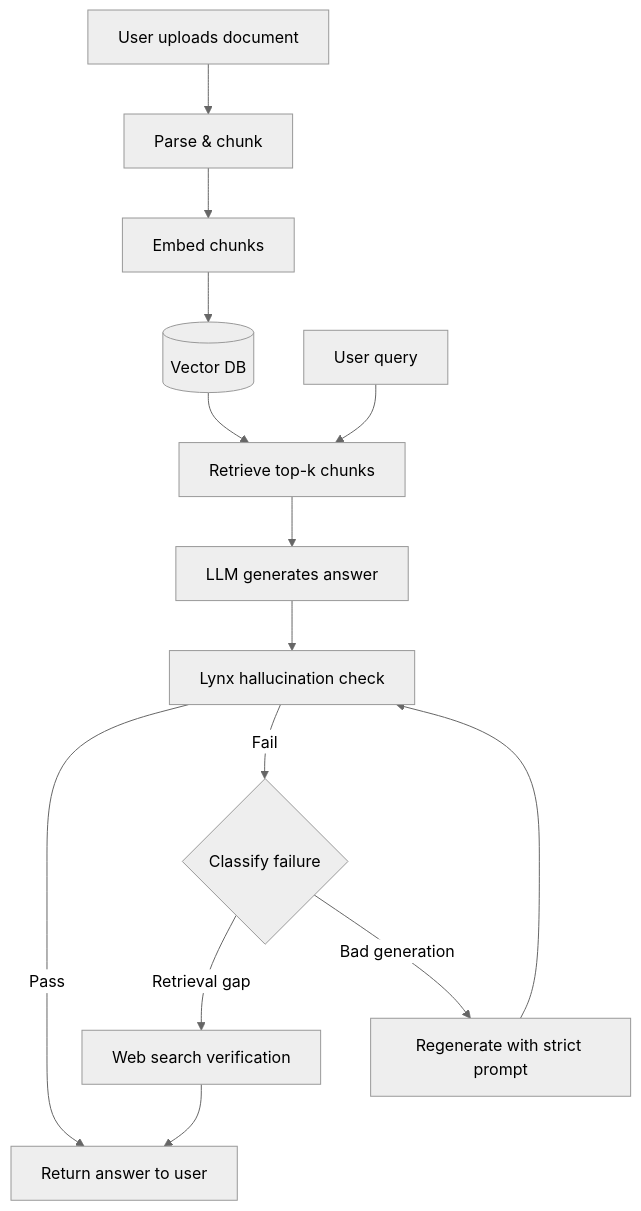
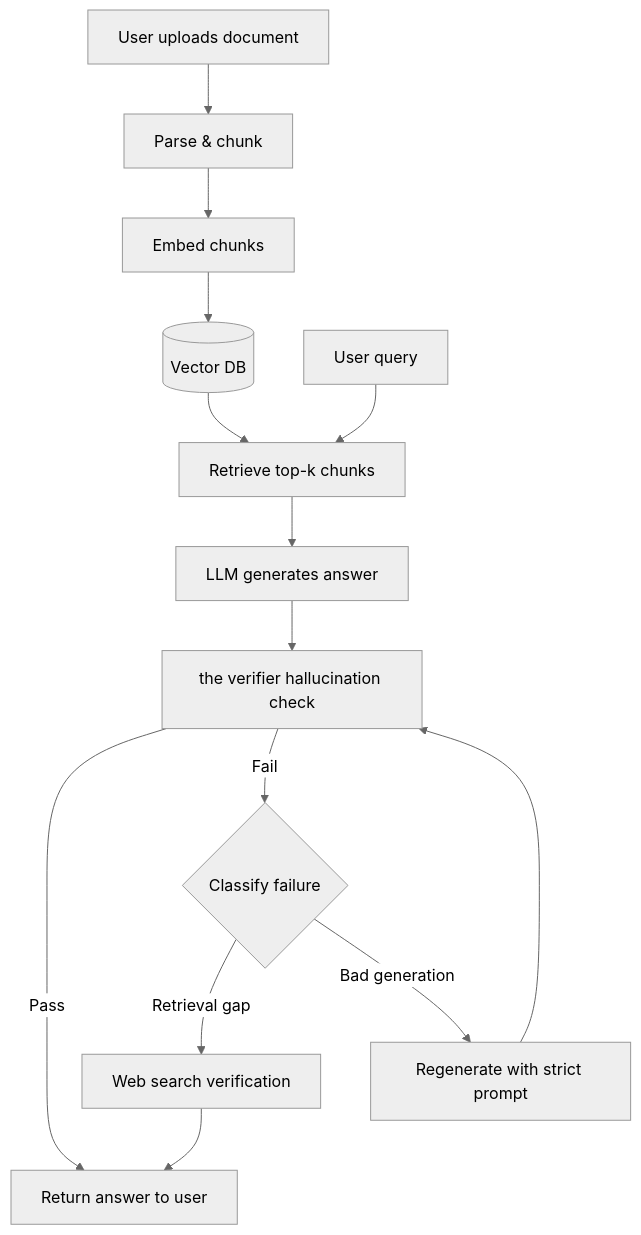
The diagram in docs/rag-system-lld.md (ashraddhansh/AOA-LLM), drawn with Mermaid (neutral theme) before and after one commit. The commit also changed other lines of this file and 19 other files, not shown here.

````diff
--- a/docs/rag-system-lld.md
+++ b/docs/rag-system-lld.md
@@ -29,16 +29,16 @@
 ```mermaid
 flowchart TD
     A[User uploads document] --> B[Parse & chunk]
     B --> C[Embed chunks]
     C --> D[(Vector DB)]
     E[User query] --> F[Retrieve top-k chunks]
     D --> F
     F --> G[LLM generates answer]
-    G --> H[Lynx hallucination check]
+    G --> H[the verifier hallucination check]
     H -->|Pass| I[Return answer to user]
     H -->|Fail| J{Classify failure}
     J -->|Retrieval gap| K[Web search verification]
     J -->|Bad generation| L[Regenerate with strict prompt]
     K --> I
     L --> H
 ```
````
